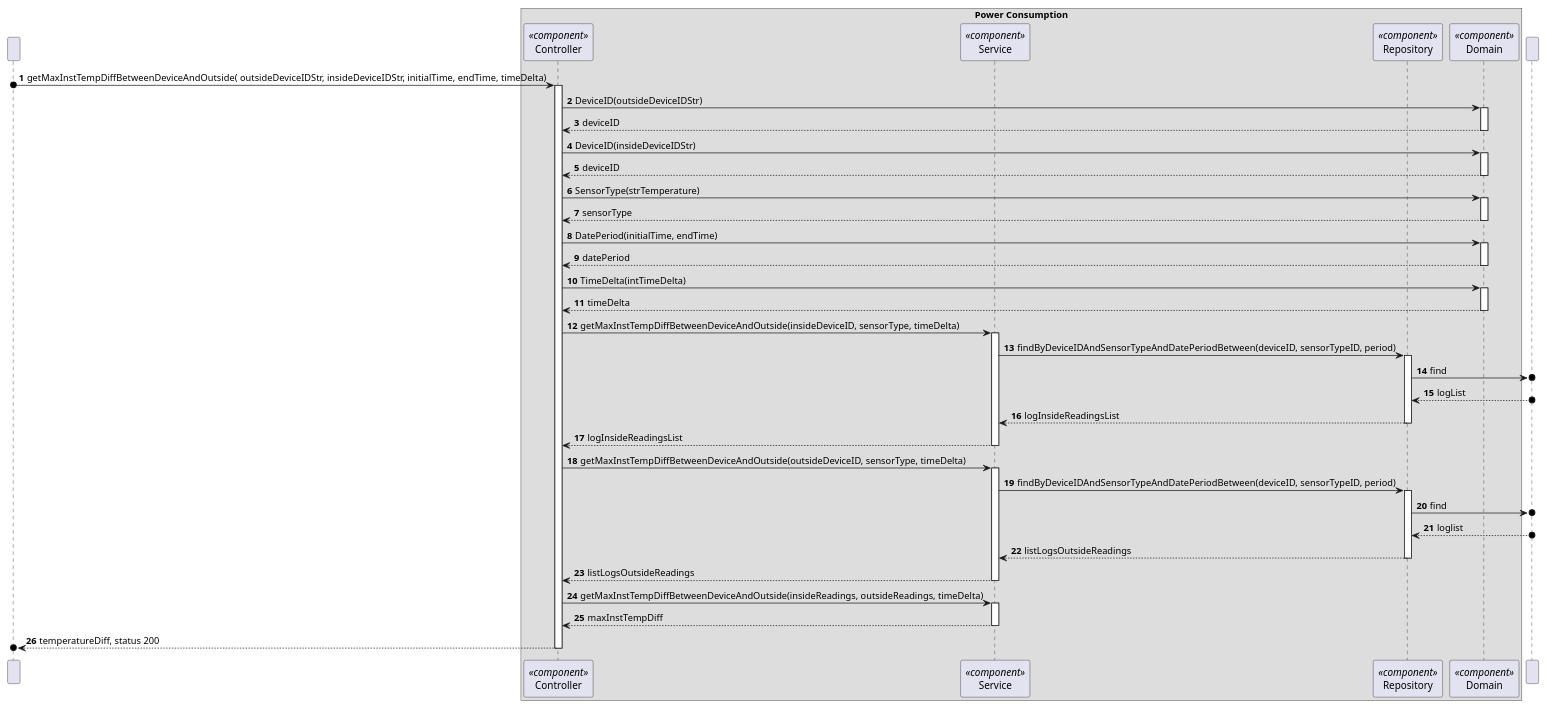
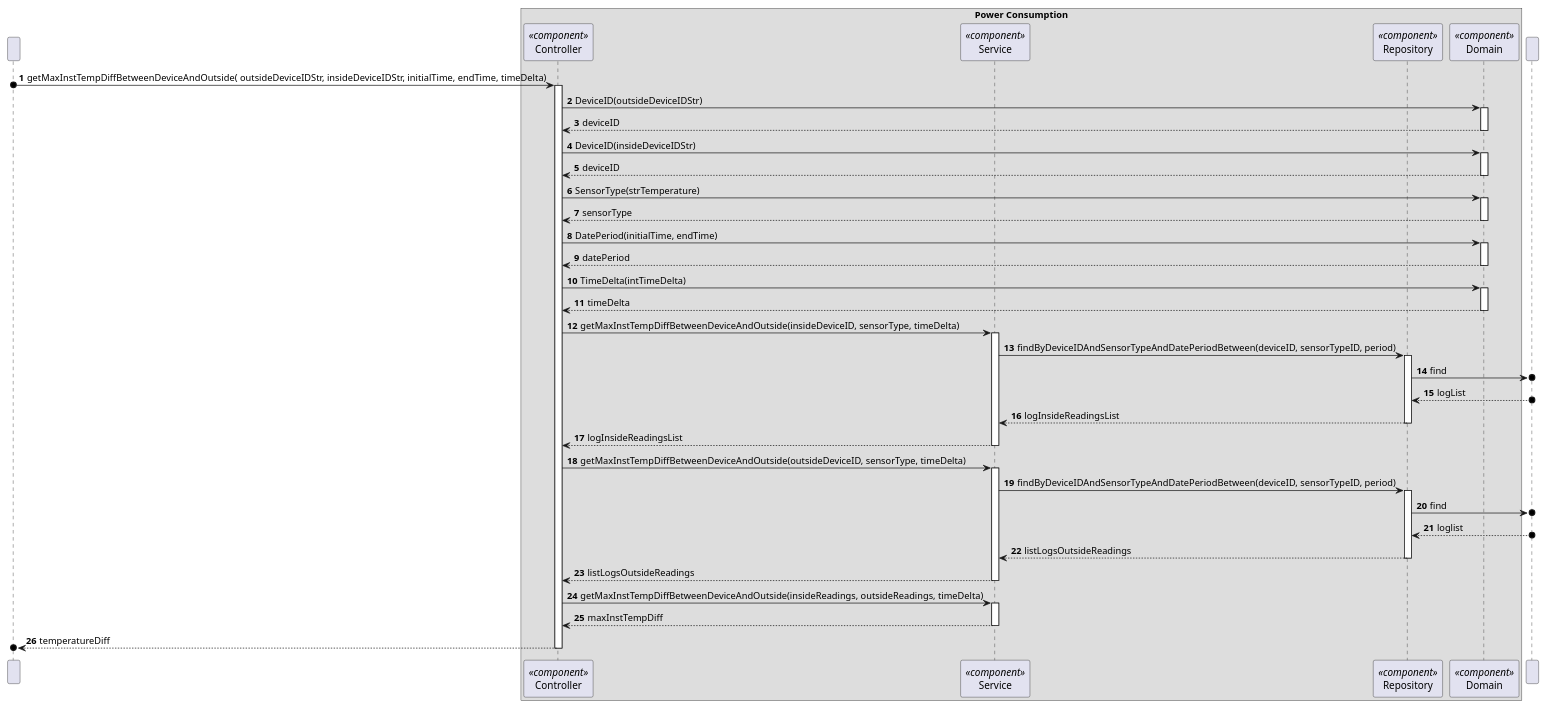
The diagram in docs/C4_4plus1_models/Level4/ProcessView/ProcessViewLevel4_UC13.puml (moutajDev/smarthome), drawn with PlantUML before and after one commit. The commit also changed 23 other files, not shown here.

```diff
--- a/docs/C4_4plus1_models/Level4/ProcessView/ProcessViewLevel4_UC13.puml
+++ b/docs/C4_4plus1_models/Level4/ProcessView/ProcessViewLevel4_UC13.puml
@@ -1,102 +1,102 @@
 @startuml
 'https://plantuml.com/sequence-diagram
 
 participant " " as User
 box "Power Consumption"
 participant Controller as "Controller"<<component>>
 participant Service as "Service"<<component>>
 participant Repository as "Repository"<<component>>
 participant Domain as "Domain"<<component>>
 end box
 
 participant DataBase as " "
 
 autonumber
 
 User o-> Controller: getMaxInstTempDiffBetweenDeviceAndOutside( outsideDeviceIDStr, insideDeviceIDStr, initialTime, endTime, timeDelta)
 
 activate Controller
 
 Controller -> Domain :DeviceID(outsideDeviceIDStr)
 activate Domain
 
 Domain --> Controller : deviceID
 deactivate Domain
 
 Controller -> Domain: DeviceID(insideDeviceIDStr)
 activate Domain
 
 Domain --> Controller : deviceID
 deactivate Domain
 
 Controller -> Domain: SensorType(strTemperature)
 activate Domain
 
 Domain --> Controller : sensorType
 deactivate Domain
 
 Controller -> Domain: DatePeriod(initialTime, endTime)
 activate Domain
 
 Domain --> Controller : datePeriod
 deactivate Domain
 
 Controller -> Domain: TimeDelta(intTimeDelta)
 activate Domain
 
 Domain --> Controller : timeDelta
 deactivate Domain
 
 Controller -> Service: getMaxInstTempDiffBetweenDeviceAndOutside(insideDeviceID, sensorType, timeDelta)
 activate Service
 
 Service -> Repository: findByDeviceIDAndSensorTypeAndDatePeriodBetween(deviceID, sensorTypeID, period)
 
 activate Repository
 
 Repository ->o DataBase: find
 
 
 DataBase o--> Repository: logList
 
 Repository --> Service: logInsideReadingsList
 deactivate Repository
 
 Service --> Controller: logInsideReadingsList
 deactivate Service
 
 Controller -> Service: getMaxInstTempDiffBetweenDeviceAndOutside(outsideDeviceID, sensorType, timeDelta)
 activate Service
 
 Service -> Repository: findByDeviceIDAndSensorTypeAndDatePeriodBetween(deviceID, sensorTypeID, period)
 
 activate Repository
 
 Repository ->o DataBase: find
 
 DataBase o--> Repository: loglist
 
 
 
 Repository --> Service: listLogsOutsideReadings
 deactivate Repository
 
 Service --> Controller: listLogsOutsideReadings
 deactivate Service
 
 Controller -> Service: getMaxInstTempDiffBetweenDeviceAndOutside(insideReadings, outsideReadings, timeDelta)
 activate Service
 
 Service --> Controller: maxInstTempDiff
 deactivate Service
 
-Controller -->o User: temperatureDiff, status 200
+Controller -->o User: temperatureDiff
 deactivate Controller
 
 
 
 
 
 
 
 @enduml
```
